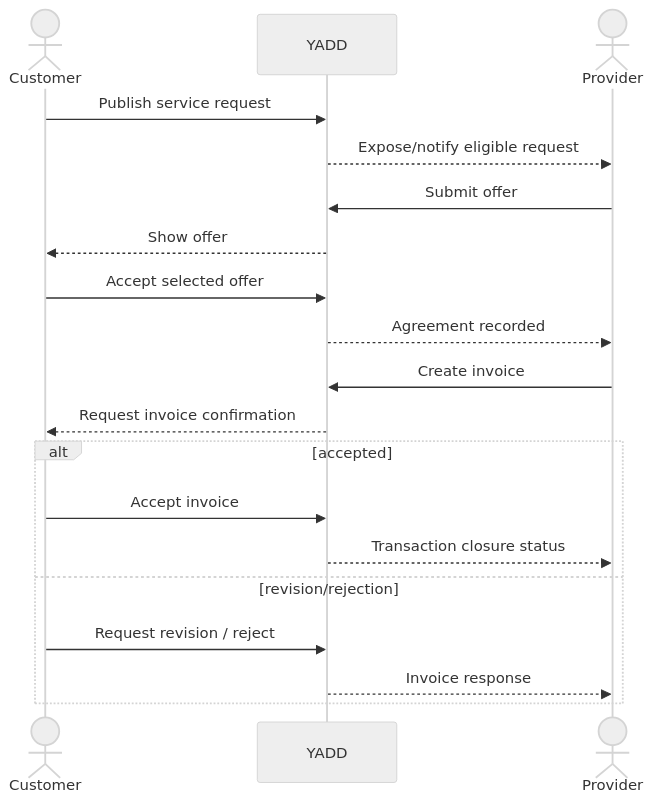
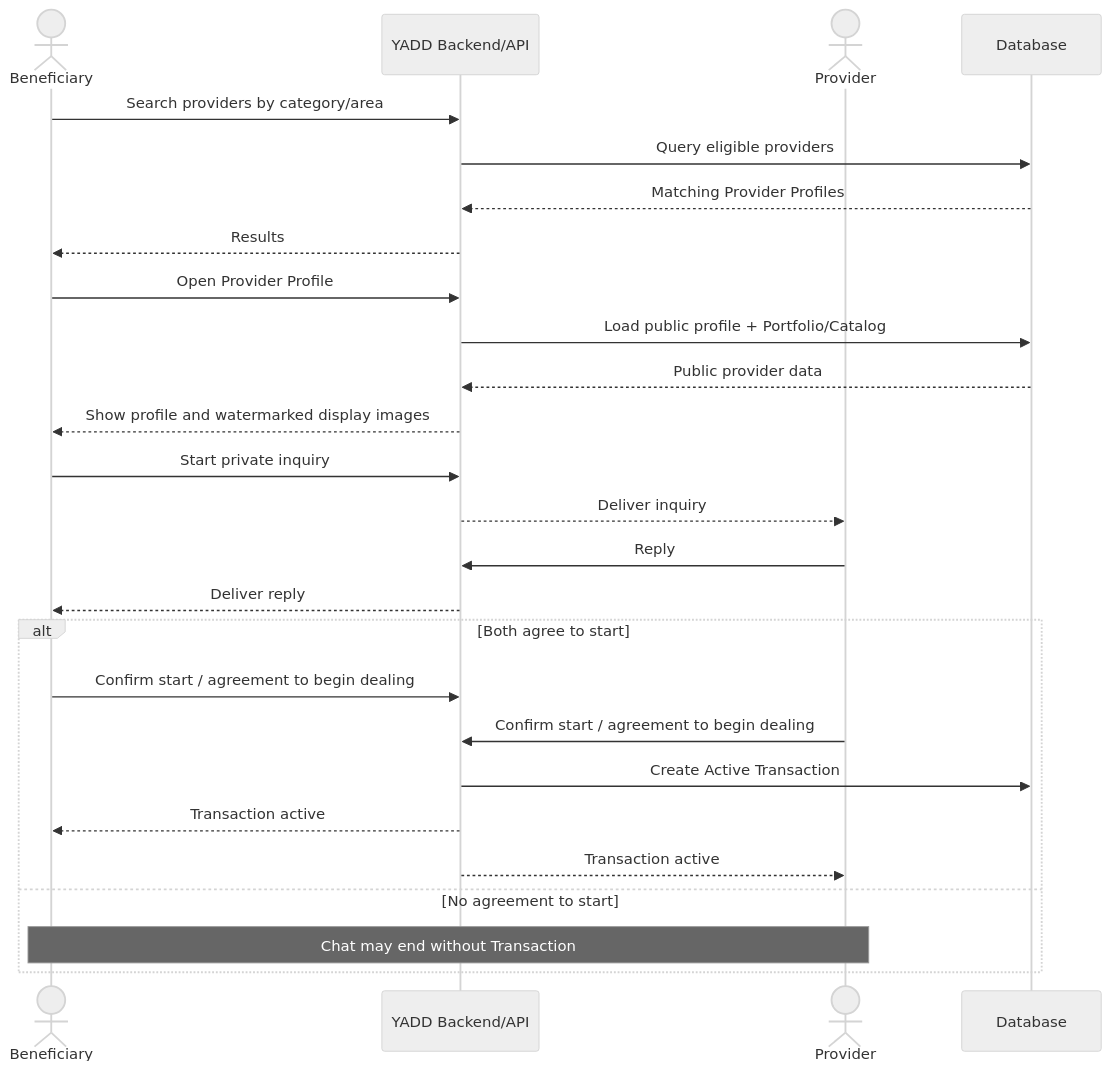
The fifth of 5 diagrams in docs/03-analysis/10-UML.md (Yadd-SanaaUniversityGraduationProject/yadd), drawn with Mermaid (neutral theme) before and after one commit. The commit also changed other lines of this file, not shown here.

Commit message:
modeling: rebuild core UML for preliminary review

````diff
--- a/docs/03-analysis/10-UML.md
+++ b/docs/03-analysis/10-UML.md
@@ -24,22 +245,32 @@
 ```mermaid
 sequenceDiagram
-    actor C as Customer
-    participant Y as YADD
+    actor B as Beneficiary
+    participant Y as YADD Backend/API
     actor P as Provider
+    participant DB as Database
 
-    C->>Y: Publish service request
-    Y-->>P: Expose/notify eligible request
-    P->>Y: Submit offer
-    Y-->>C: Show offer
-    C->>Y: Accept selected offer
-    Y-->>P: Agreement recorded
-    P->>Y: Create invoice
-    Y-->>C: Request invoice confirmation
-    alt accepted
-        C->>Y: Accept invoice
-        Y-->>P: Transaction closure status
-    else revision/rejection
-        C->>Y: Request revision / reject
-        Y-->>P: Invoice response
+    B->>Y: Search providers by category/area
+    Y->>DB: Query eligible providers
+    DB-->>Y: Matching Provider Profiles
+    Y-->>B: Results
+
+    B->>Y: Open Provider Profile
+    Y->>DB: Load public profile + Portfolio/Catalog
+    DB-->>Y: Public provider data
+    Y-->>B: Show profile and watermarked display images
+
+    B->>Y: Start private inquiry
+    Y-->>P: Deliver inquiry
+    P->>Y: Reply
+    Y-->>B: Deliver reply
+
+    alt Both agree to start
+        B->>Y: Confirm start / agreement to begin dealing
+        P->>Y: Confirm start / agreement to begin dealing
+        Y->>DB: Create Active Transaction
+        Y-->>B: Transaction active
+        Y-->>P: Transaction active
+    else No agreement to start
+        Note over B,P: Chat may end without Transaction
     end
 ```
````
